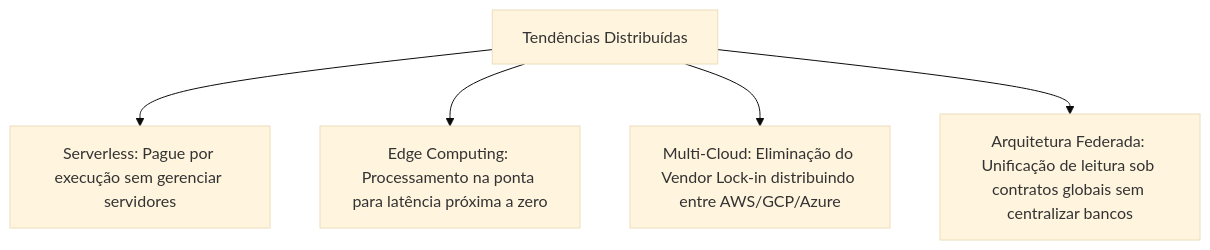
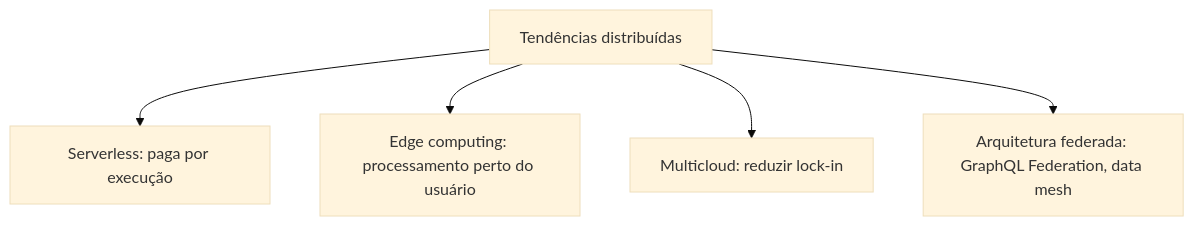
Before and after one commit to MaicomMRampi/software-architecture-handbook: the first of 4 diagrams in Arquiteto de Software/01 Fundamentos em arquitetura de software/06 Estilos arquiteturais distribuidos.md, drawn with Mermaid (base theme). The commit also changed other lines of this file and 43 other files, not shown here.

````diff
--- a/Arquiteto de Software/01 Fundamentos em arquitetura de software/06 Estilos arquiteturais distribuidos.md
+++ b/Arquiteto de Software/01 Fundamentos em arquitetura de software/06 Estilos arquiteturais distribuidos.md
@@ -32,7 +46,7 @@
 ```mermaid
 graph TD
-    A[Tendências Distribuídas] --> B[Serverless: Pague por execução sem gerenciar servidores]
-    A --> C[Edge Computing: Processamento na ponta para latência próxima a zero]
-    A --> D[Multi-Cloud: Eliminação do Vendor Lock-in distribuindo entre AWS/GCP/Azure]
-    A --> E[Arquitetura Federada: Unificação de leitura sob contratos globais sem centralizar bancos]
+    A[Tendências distribuídas] --> B[Serverless: paga por execução]
+    A --> C[Edge computing: processamento perto do usuário]
+    A --> D[Multicloud: reduzir lock-in]
+    A --> E[Arquitetura federada: GraphQL Federation, data mesh]
 ```
````
